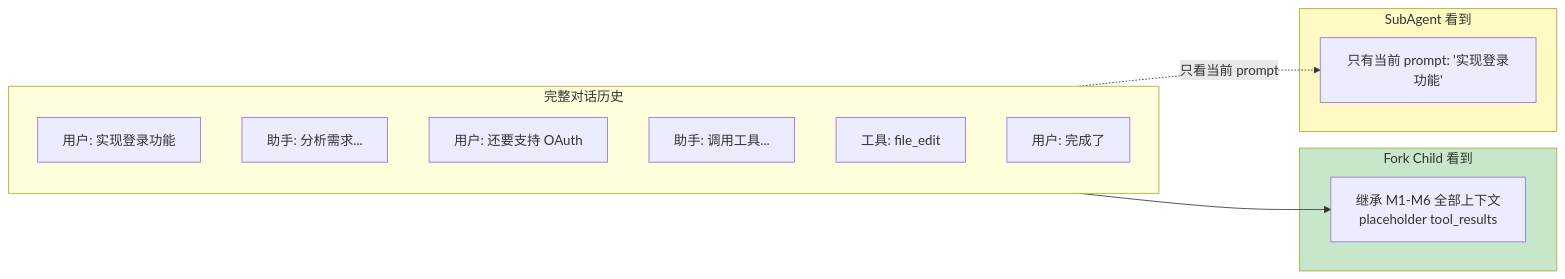
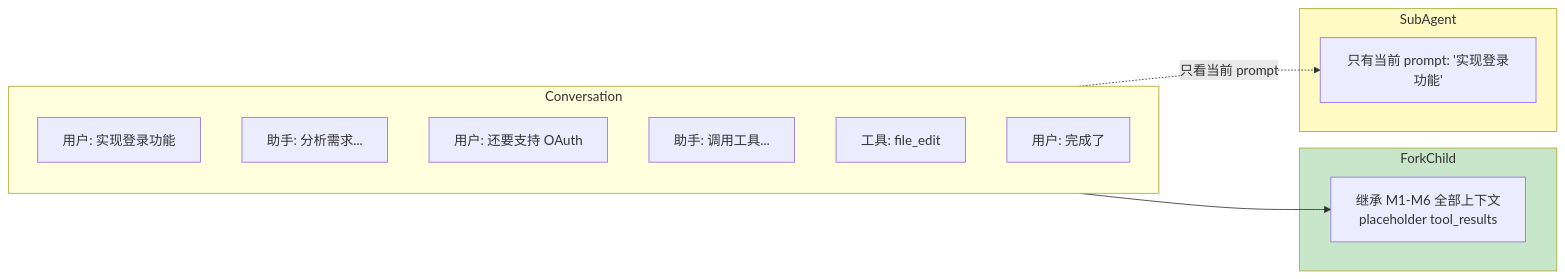
The fifth of 15 diagrams in harness/docs/deep/AGENT-SYSTEM.md (platootalp/harness-code), drawn with Mermaid before and after one commit. The commit also changed other lines of this file and 8 other files, not shown here.

First line of the commit message:
docs: review and fix docs/deep/ accuracy and mermaid rendering

````diff
--- a/harness/docs/deep/AGENT-SYSTEM.md
+++ b/harness/docs/deep/AGENT-SYSTEM.md
@@ -421,25 +422,25 @@
 ```mermaid
 flowchart LR
-    subgraph Conversation["完整对话历史"]
+    subgraph Conversation
         M1["用户: 实现登录功能"]
         M2["助手: 分析需求..."]
         M3["用户: 还要支持 OAuth"]
         M4["助手: 调用工具..."]
         M5["工具: file_edit"]
         M6["用户: 完成了"]
     end
 
-    subgraph ForkChild["Fork Child 看到"]
+    subgraph ForkChild
         FC["继承 M1-M6 全部上下文<br/>placeholder tool_results"]
     end
 
-    subgraph SubAgent["SubAgent 看到"]
+    subgraph SubAgent
         SA["只有当前 prompt: '实现登录功能'"]
     end
 
     Conversation --> FC
     Conversation -. "只看当前 prompt" .-> SA
 
     style ForkChild fill:#c8e6c9
     style SubAgent fill:#fff9c4
 ```
````
